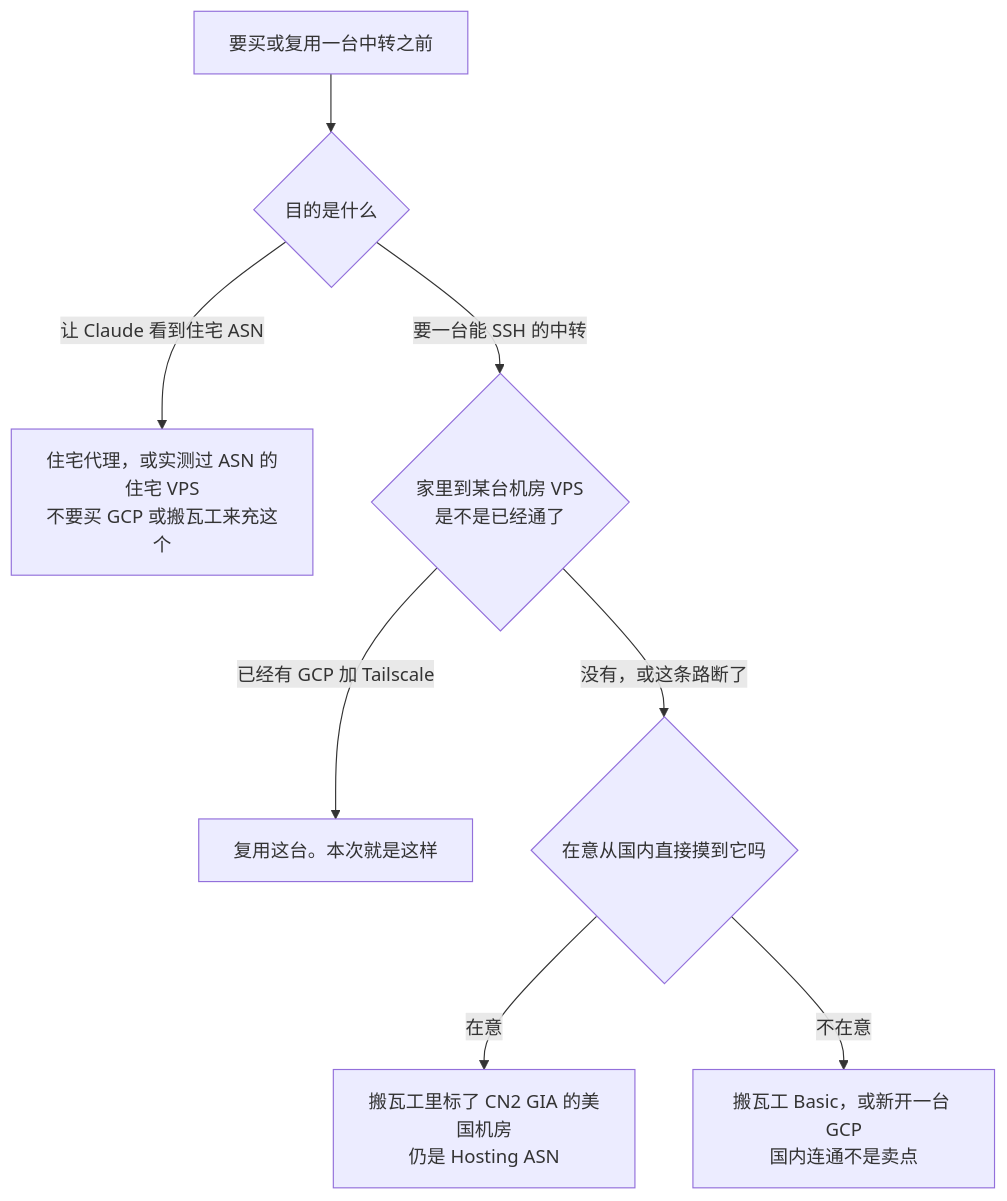
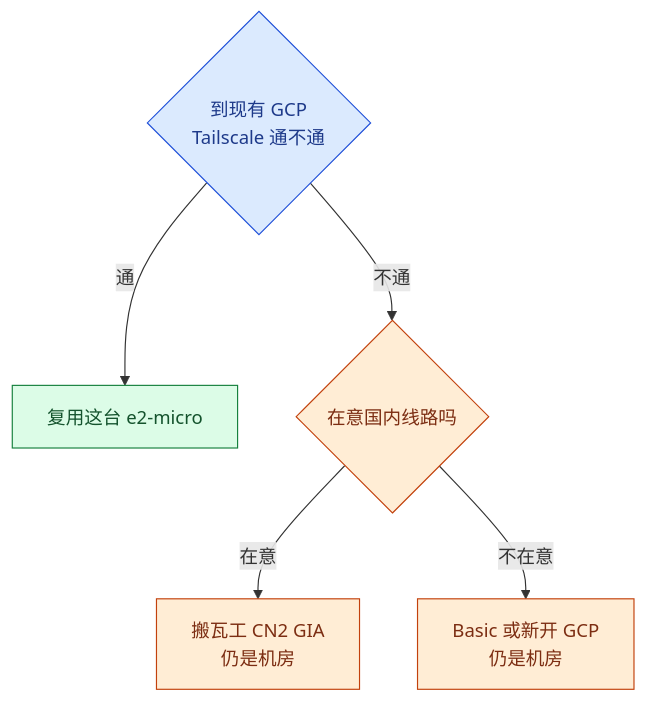
The fifth of 10 diagrams in docs/tutorials/residential-proxy-vps-relay.md (daily-learn-sch/myblog), drawn with Mermaid before and after one commit. The commit also changed other lines of this file and 2 other files, not shown here.

First line of the commit message:
docs: 重写住宅代理中转教程，桌面 Claude 改走 18081

````diff
--- a/docs/tutorials/residential-proxy-vps-relay.md
+++ b/docs/tutorials/residential-proxy-vps-relay.md
@@ -177,10 +210,14 @@
 ```mermaid
-flowchart TD
-  Start["要买或复用一台中转之前"] --> Q1{"目的是什么"}
-  Q1 -->|让 Claude 看到住宅 ASN| Ident["住宅代理，或实测过 ASN 的住宅 VPS<br/>不要买 GCP 或搬瓦工来充这个"]
-  Q1 -->|要一台能 SSH 的中转| Q2{"家里到某台机房 VPS<br/>是不是已经通了"}
-  Q2 -->|已经有 GCP 加 Tailscale| Use["复用这台。本次就是这样"]
-  Q2 -->|没有，或这条路断了| Q3{"在意从国内直接摸到它吗"}
-  Q3 -->|在意| Bwh["搬瓦工里标了 CN2 GIA 的美国机房<br/>仍是 Hosting ASN"]
-  Q3 -->|不在意| Basic["搬瓦工 Basic，或新开一台 GCP<br/>国内连通不是卖点"]
+flowchart TB
+  has{"到现有 GCP<br/>Tailscale 通不通"} -->|通| use["复用这台 e2-micro"]
+  has -->|不通| line{"在意国内线路吗"}
+  line -->|在意| cn2["搬瓦工 CN2 GIA<br/>仍是机房"]
+  line -->|不在意| basic["Basic 或新开 GCP<br/>仍是机房"]
+  classDef mac fill:#dbeafe,stroke:#1d4ed8,color:#1e3a8a
+  classDef vps fill:#ffedd5,stroke:#c2410c,color:#7c2d12
+  classDef res fill:#dcfce7,stroke:#15803d,color:#14532d
+  classDef old fill:#f1f5f9,stroke:#475569,color:#334155
+  class has mac
+  class use res
+  class line,cn2,basic vps
 ```
````
